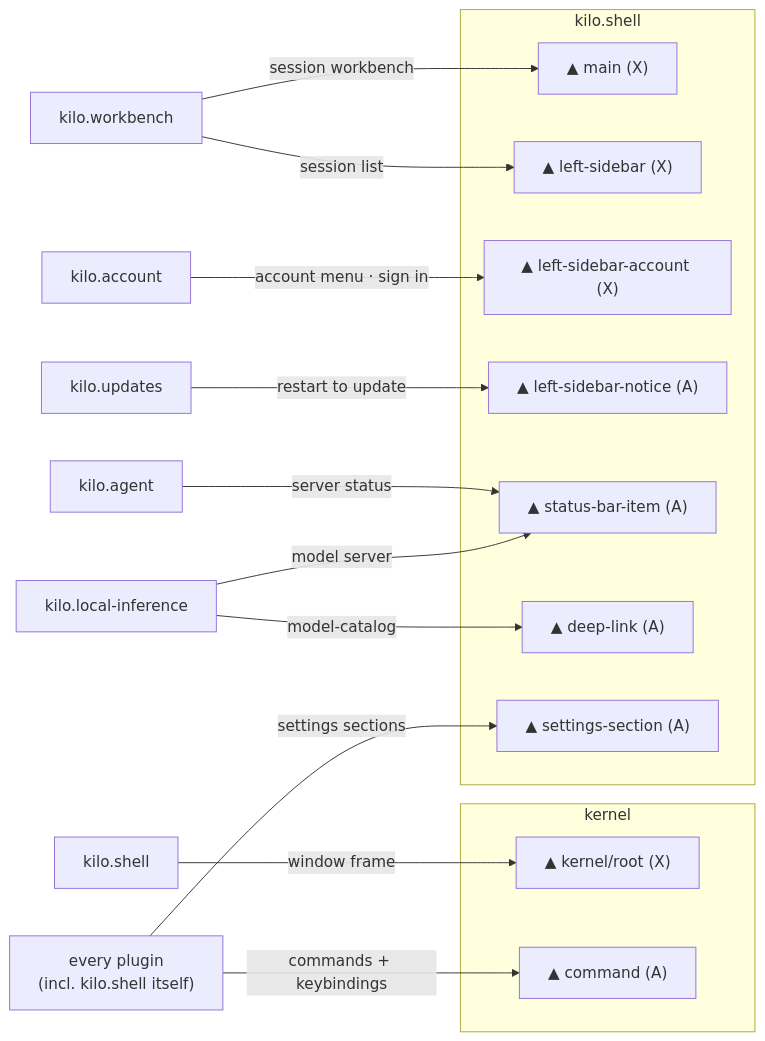
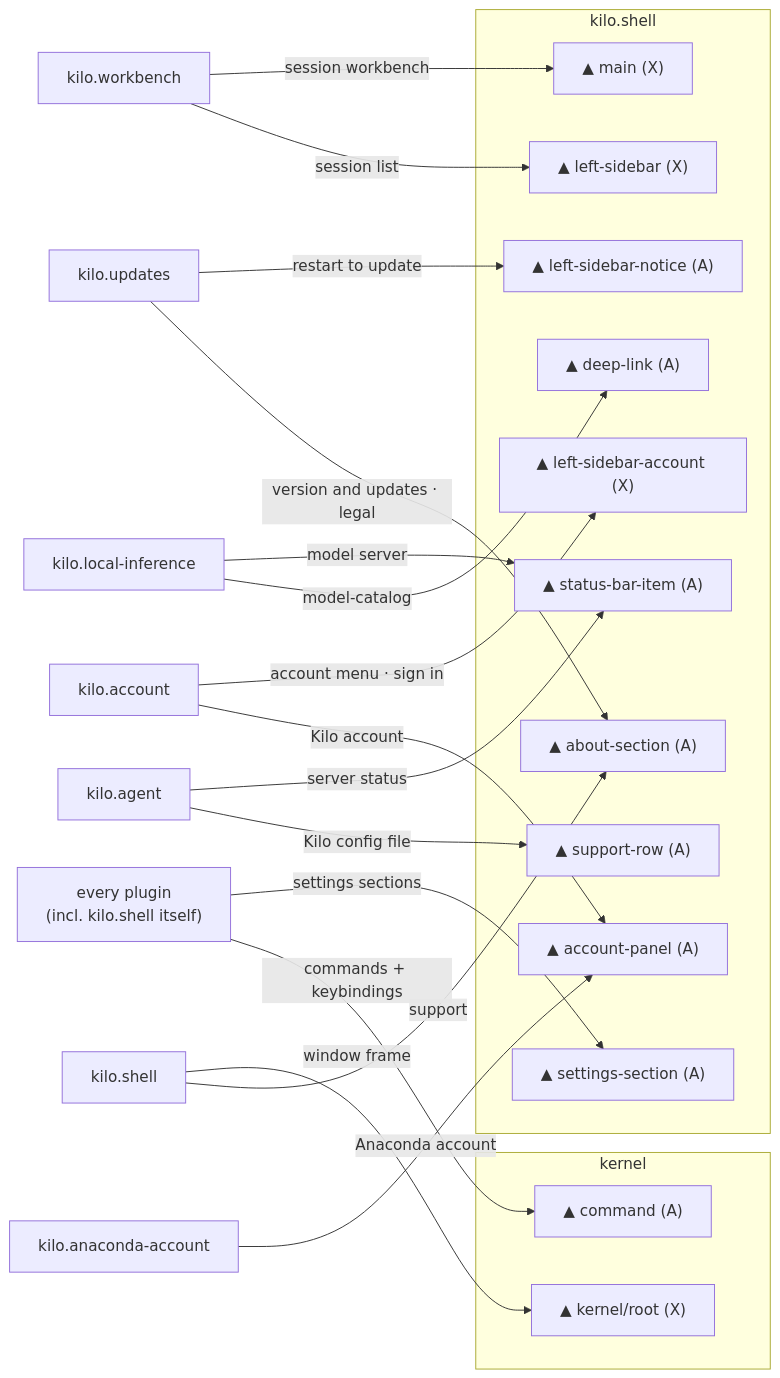
The second of 7 diagrams in docs/plugin-architecture.md (Kilo-Org/kilo-desktop), drawn with Mermaid before and after one commit. The commit also changed other lines of this file and 83 other files, not shown here.

Commit message:
refactor(shell,kernel): move the About and Account pages into the shell with about-section, support-row and account-panel points, and rename kernel/shell to kernel/os (#1031)

````diff
--- a/docs/plugin-architecture.md
+++ b/docs/plugin-architecture.md
@@ -715,36 +715,44 @@
 ```mermaid
 flowchart LR
   shellC["kilo.shell"]
   workbench["kilo.workbench"]
   account["kilo.account"]
   updates["kilo.updates"]
   agent["kilo.agent"]
   localinf["kilo.local-inference"]
   everyone["every plugin<br/>(incl. kilo.shell itself)"]
 
   subgraph KERNEL["kernel"]
     root["▲ kernel/root (X)"]
     command["▲ command (A)"]
   end
 
   subgraph SHELL["kilo.shell"]
     home["▲ main (X)"]
     nav["▲ left-sidebar (X)"]
     acct["▲ left-sidebar-account (X)"]
     notice["▲ left-sidebar-notice (A)"]
     status["▲ status-bar-item (A)"]
     deeplink["▲ deep-link (A)"]
     settings["▲ settings-section (A)"]
+    about["▲ about-section (A)"]
+    support["▲ support-row (A)"]
+    accountPanel["▲ account-panel (A)"]
   end
 
   shellC -->|window frame| root
   workbench -->|session workbench| home
   workbench -->|session list| nav
   account -->|account menu · sign in| acct
   updates -->|restart to update| notice
   agent -->|server status| status
   localinf -->|model server| status
   localinf -->|model-catalog| deeplink
   everyone -->|settings sections| settings
+  updates -->|version and updates · legal| about
+  shellC -->|support| about
+  agent -->|Kilo config file| support
+  account -->|Kilo account| accountPanel
+  anaconda["kilo.anaconda-account"] -->|Anaconda account| accountPanel
   everyone -->|commands + keybindings| command
 ```
````
